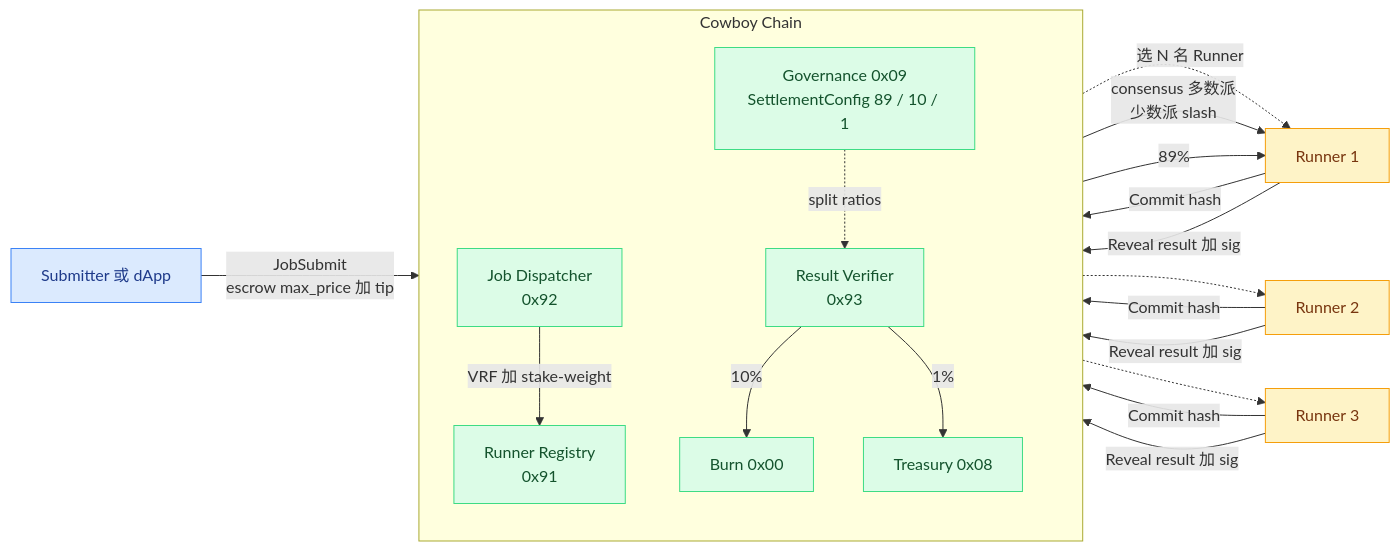
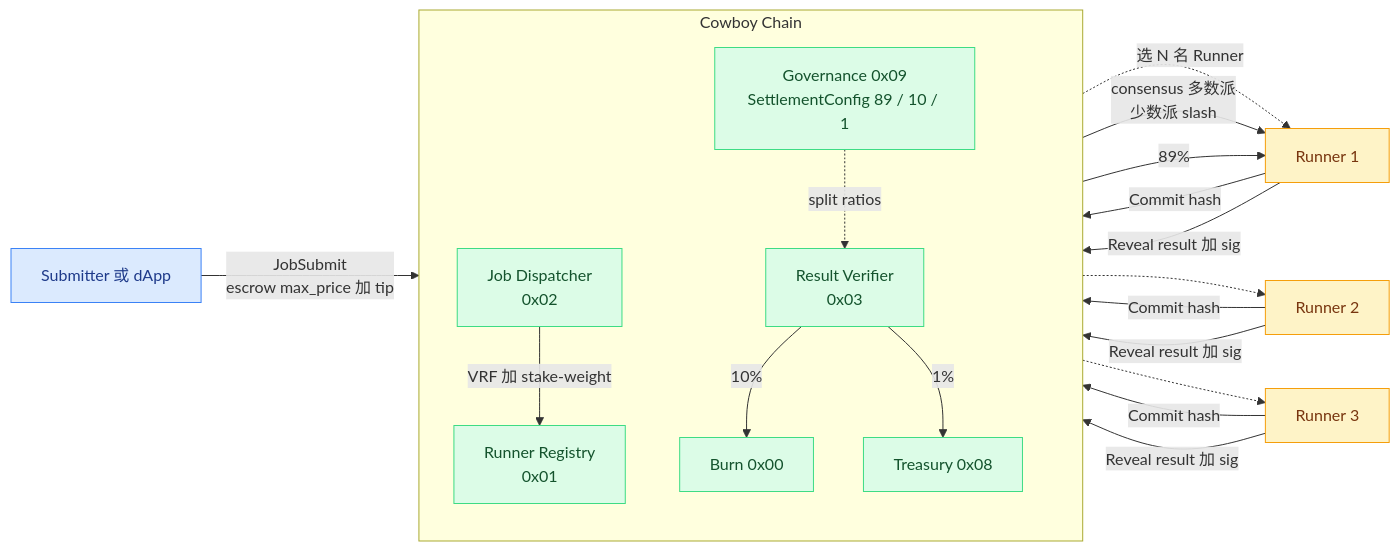
One commit to shawhanken/refs changed the fourth of 11 diagrams in runner/2026-04-28_MPP_Session_Research.md. Above: the diagram before and after it, drawn with Mermaid. The commit also changed other lines of this file and 5 other files, not shown here.

````diff
--- a/runner/2026-04-28_MPP_Session_Research.md
+++ b/runner/2026-04-28_MPP_Session_Research.md
@@ -245,41 +247,41 @@
 ```mermaid
 flowchart LR
     subgraph CHAIN["Cowboy Chain"]
         direction TB
-        REG["Runner Registry<br/>0x91"]
-        DSP["Job Dispatcher<br/>0x92"]
-        VER["Result Verifier<br/>0x93"]
+        REG["Runner Registry<br/>0x01"]
+        DSP["Job Dispatcher<br/>0x02"]
+        VER["Result Verifier<br/>0x03"]
         GOV["Governance 0x09<br/>SettlementConfig 89 / 10 / 1"]
         TRE["Treasury 0x08"]
         BURN["Burn 0x00"]
     end
 
     SUB["Submitter 或 dApp"]
     R1["Runner 1"]
     R2["Runner 2"]
     R3["Runner 3"]
 
     SUB -- "JobSubmit<br/>escrow max_price 加 tip" --> DSP
     DSP -- "VRF 加 stake-weight" --> REG
     DSP -. "选 N 名 Runner" .-> R1
     DSP -. " " .-> R2
     DSP -. " " .-> R3
     R1 -- "Commit hash" --> VER
     R2 -- "Commit hash" --> VER
     R3 -- "Commit hash" --> VER
     R1 -- "Reveal result 加 sig" --> VER
     R2 -- "Reveal result 加 sig" --> VER
     R3 -- "Reveal result 加 sig" --> VER
     VER -- "consensus 多数派<br/>少数派 slash" --> R1
     GOV -. "split ratios" .-> VER
     VER -- "89%" --> R1
     VER -- "10%" --> BURN
     VER -- "1%" --> TRE
 
     classDef chain fill:#dcfce7,stroke:#3ddc84,color:#14532d
     classDef offchain fill:#fef3c7,stroke:#f59e0b,color:#78350f
     classDef user fill:#dbeafe,stroke:#3b82f6,color:#1e3a8a
     class REG,DSP,VER,GOV,TRE,BURN chain
     class R1,R2,R3 offchain
     class SUB user
 ```
````
